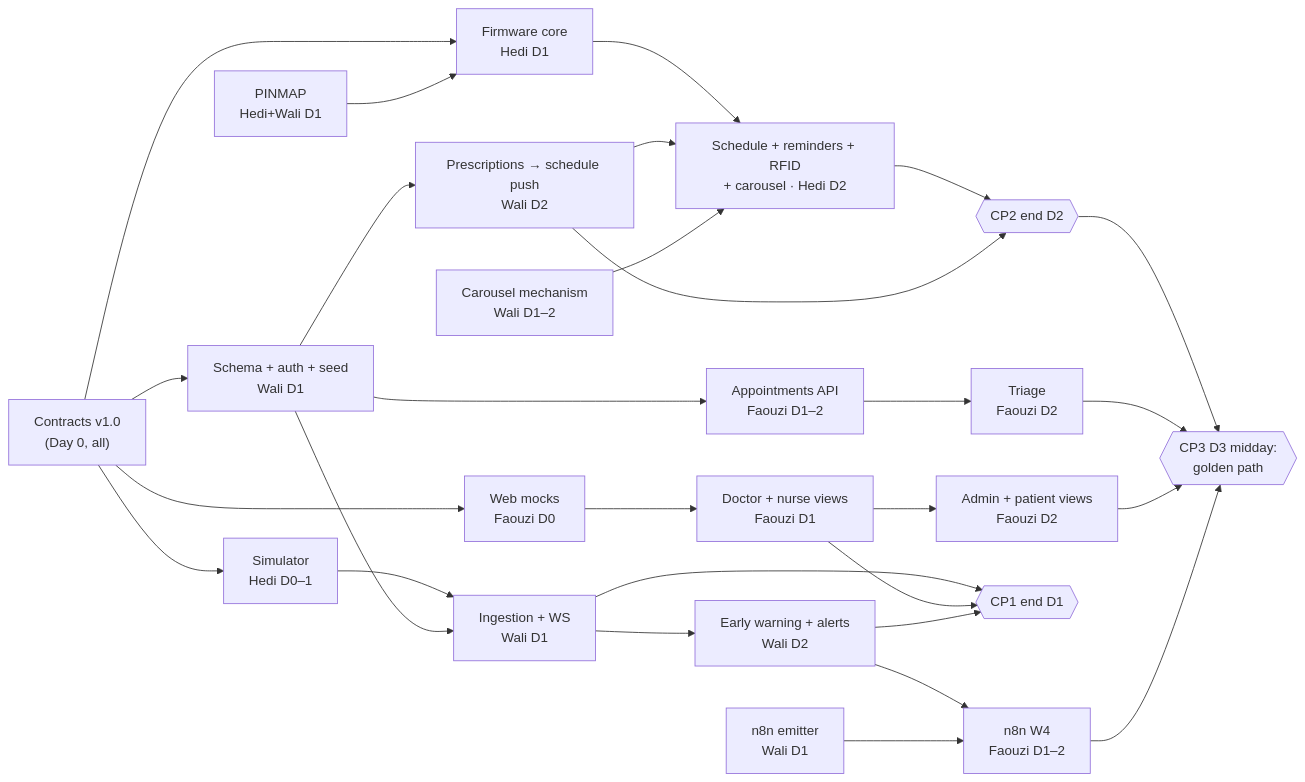
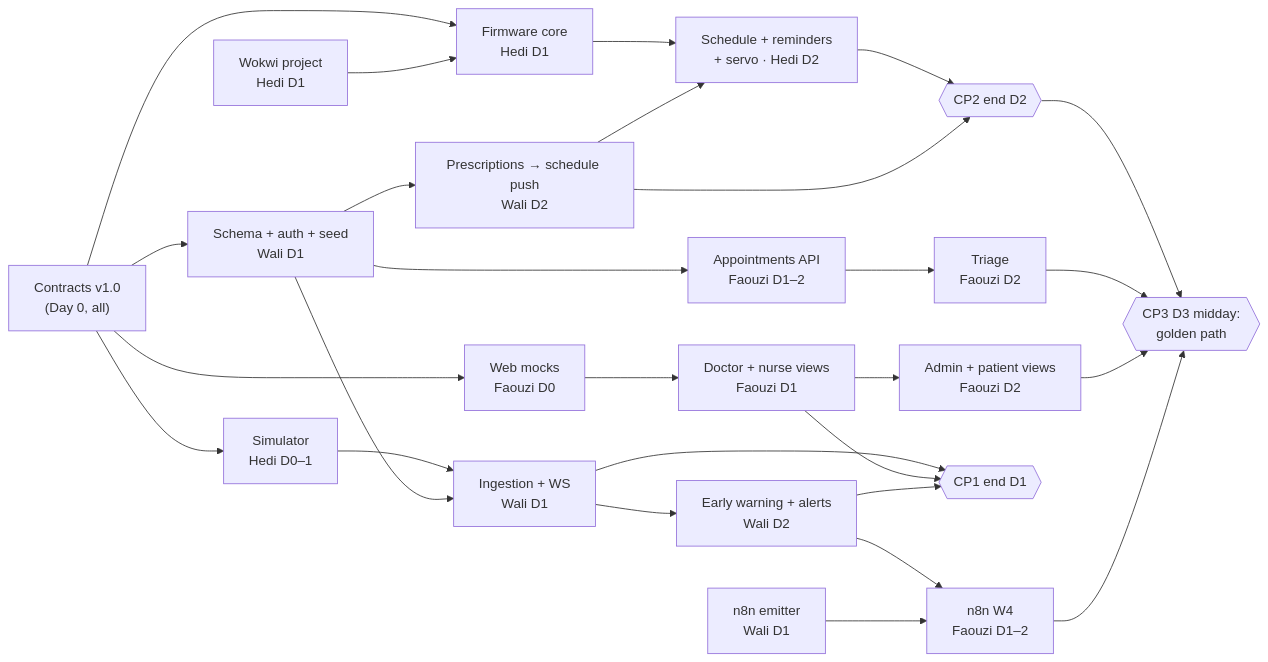
Before and after one commit to Faouzi-Blibech/smarty-hospital-: the diagram in TEAM_PLAN.md, drawn with Mermaid. The commit also changed other lines of this file and 9 other files, not shown here.

First line of the commit message:
docs: reduced bedside hardware (ESP32 + OLED + servo + DS1307, Wokwi)

````diff
--- a/TEAM_PLAN.md
+++ b/TEAM_PLAN.md
@@ -35,24 +35,23 @@
 ```mermaid
 flowchart LR
   C["Contracts v1.0<br/>(Day 0, all)"] --> SIM["Simulator<br/>Hedi D0–1"]
   C --> SCH["Schema + auth + seed<br/>Wali D1"]
   C --> MOCK["Web mocks<br/>Faouzi D0"]
   C --> FW["Firmware core<br/>Hedi D1"]
-  PIN["PINMAP<br/>Hedi+Wali D1"] --> FW
+  WOK["Wokwi project<br/>Hedi D1"] --> FW
   SIM --> ING["Ingestion + WS<br/>Wali D1"]
   SCH --> ING
   SCH --> APT["Appointments API<br/>Faouzi D1–2"]
   SCH --> RX["Prescriptions → schedule push<br/>Wali D2"]
   ING --> EW["Early warning + alerts<br/>Wali D2"]
   EW --> W4["n8n W4<br/>Faouzi D1–2"]
   EMIT["n8n emitter<br/>Wali D1"] --> W4
   MOCK --> WEB["Doctor + nurse views<br/>Faouzi D1"]
   WEB --> WEB2["Admin + patient views<br/>Faouzi D2"]
   APT --> TRI["Triage<br/>Faouzi D2"]
-  FW --> FW2["Schedule + reminders + RFID<br/>+ carousel · Hedi D2"]
+  FW --> FW2["Schedule + reminders<br/>+ servo · Hedi D2"]
   RX --> FW2
-  MECH["Carousel mechanism<br/>Wali D1–2"] --> FW2
   ING & WEB & EW --> CP1{{"CP1 end D1"}}
   FW2 & RX --> CP2{{"CP2 end D2"}}
   CP2 & TRI & WEB2 & W4 --> CP3{{"CP3 D3 midday:<br/>golden path"}}
 ```
````
